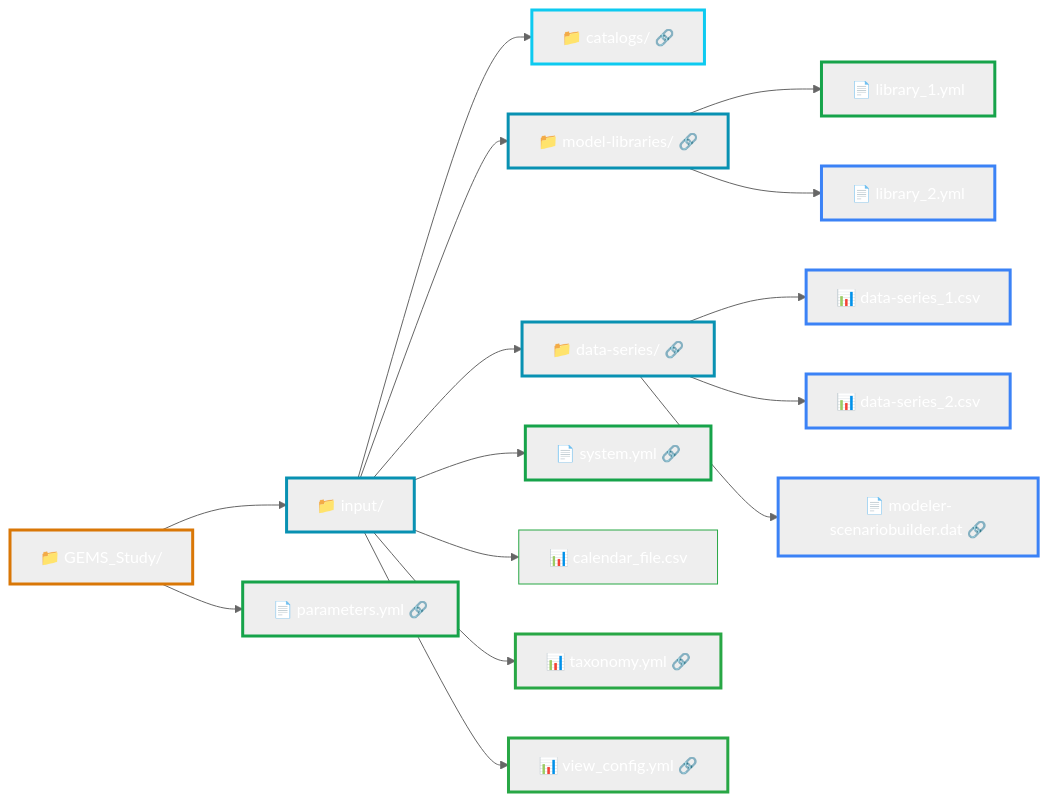
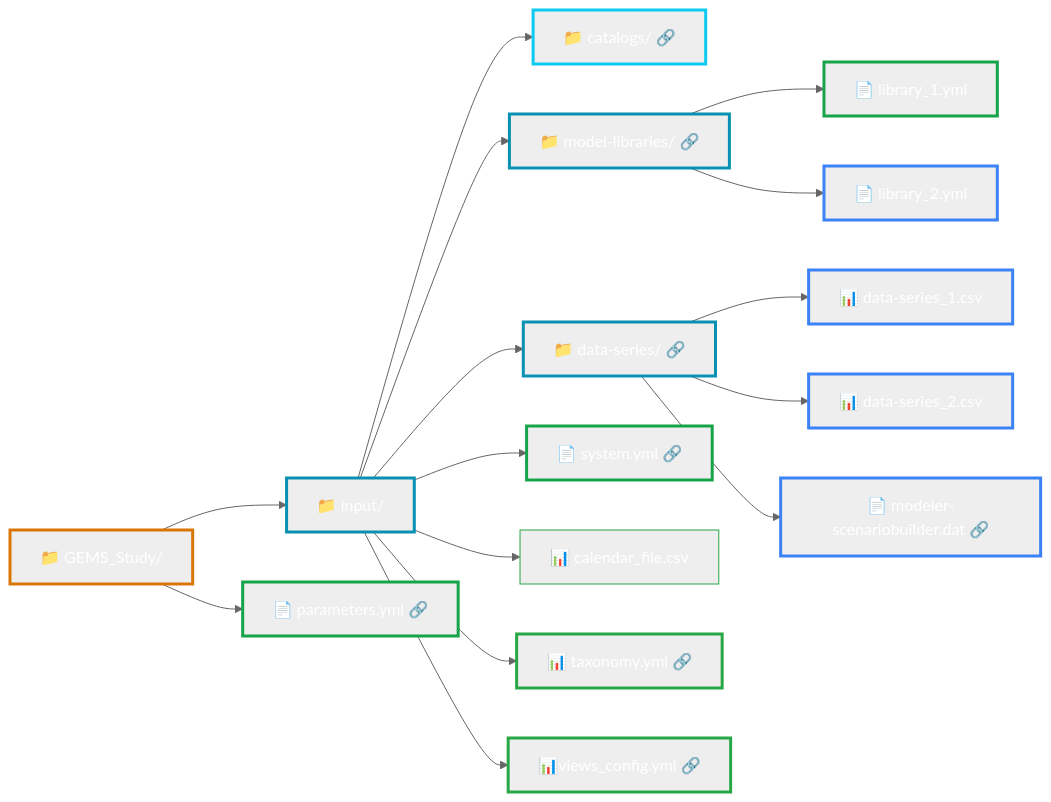
One commit to AntaresSimulatorTeam/GEMS changed the diagram in doc/user-guide/input-files/overview.md. Above: the diagram before and after it, drawn with Mermaid (neutral theme). The commit also changed 1 other file, not shown here.

Commit message:
Views with an upper case and in plural

````diff
--- a/doc/user-guide/input-files/overview.md
+++ b/doc/user-guide/input-files/overview.md
@@ -13,60 +13,60 @@
 ```mermaid
 flowchart LR
     Study["📁 GEMS_Study/"]
     Input["📁 input/"]
     Catalogs["📁 catalogs/ 🔗"]
     ModelLib["📁 model-libraries/ 🔗"]
     DataSeries["📁 data-series/ 🔗"]
     
     System["📄 system.yml 🔗"]
     Params["📄 parameters.yml 🔗"]
     Lib1["📄 library_1.yml"]
     Lib2["📄 library_2.yml"]
     Data1["📊 data-series_1.csv"]
     Data2["📊 data-series_2.csv"]
     Scenario["📄 modeler-scenariobuilder.dat 🔗"]
     Calendar["📊 calendar_file.csv"]
     Taxonomy["📊 taxonomy.yml 🔗"]
-    View_Configuration["📊 view_config.yml 🔗"]
+    Views_Configuration["📊views_config.yml 🔗"]
     
     Study --> Input
     Study --> Params
     Input --> ModelLib
     Input --> System
     Input --> DataSeries
     Input --> Catalogs
     Input --> Taxonomy
     Input --> Calendar
-    Input --> View_Configuration
+    Input --> Views_Configuration
     ModelLib --> Lib1
     ModelLib --> Lib2
     DataSeries --> Data1
     DataSeries --> Data2
     DataSeries --> Scenario
     
     style Study stroke:#d97706,stroke-width:3px,color:#ffffff
     style Input stroke:#0891b2,stroke-width:3px,color:#ffffff
     style ModelLib stroke:#0891b2,stroke-width:3px,color:#ffffff
     style DataSeries stroke:#0891b2,stroke-width:3px,color:#ffffff
     style Catalogs stroke:#0dcaf0,stroke-width:3px,color:#ffffff
     style System stroke:#16a34a,stroke-width:3px,color:#ffffff
     style Taxonomy stroke:#28a745,stroke-width:3px,color:#ffffff
-    style View_Configuration stroke:#28a745,stroke-width:3px,color:#ffffff
+    style Views_Configuration stroke:#28a745,stroke-width:3px,color:#ffffff
     style Calendar stroke:#28a745,stroke-width:1px,color:#ffffff
     style Params stroke:#16a34a,stroke-width:3px,color:#ffffff
     style Lib1 stroke:#16a34a,stroke-width:3px,color:#ffffff
     style Lib2 stroke:#3b82f6,stroke-width:3px,color:#ffffff
     style Data1 stroke:#3b82f6,stroke-width:3px,color:#ffffff
     style Data2 stroke:#3b82f6,stroke-width:3px,color:#ffffff
     style Scenario stroke:#3b82f6,stroke-width:3px,color:#ffffff
 
     
     click ModelLib "../library/"
     click System "../system/"
     click DataSeries "../data-series/"
     click Scenario "../scenario-builder/"
     click Params "../solver-optimization/"
     click Catalogs "../catalog/"
     click Taxonomy "../taxonomy/"
-    click View_Configuration "../view-config/"
+    click Views_Configuration "..views-config/"
 ```
````
